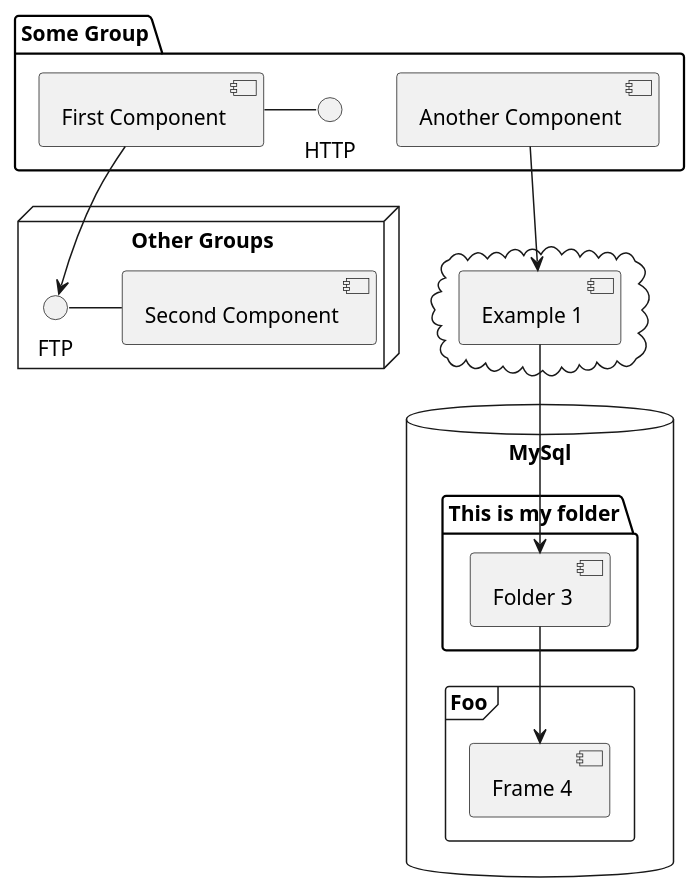
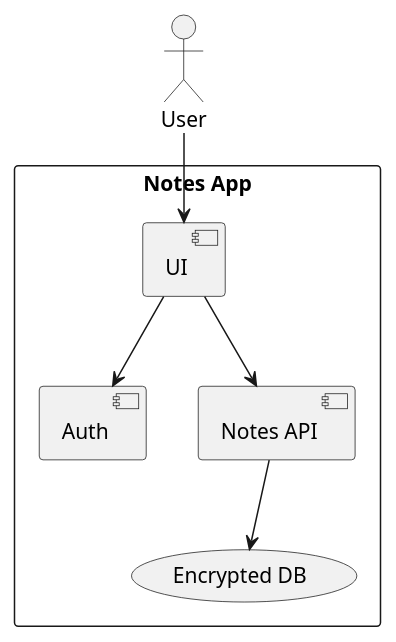
Before and after one commit to kavia-common/notes-application-overview-presentation-16753-16837: the third of 3 diagrams in notes_app_presentation_frontend/slides.md, drawn with PlantUML. The commit also changed other lines of this file and 21 other files, not shown here.

````diff
--- a/notes_app_presentation_frontend/slides.md
+++ b/notes_app_presentation_frontend/slides.md
@@ -514,32 +330,11 @@
-```plantuml {scale: 0.7}
+```plantuml {scale: 0.8}
 @startuml
-
-package "Some Group" {
-  HTTP - [First Component]
-  [Another Component]
+actor User
+rectangle "Notes App" {
+  [UI] --> [Auth]
+  [UI] --> [Notes API]
+  [Notes API] --> (Encrypted DB)
 }
-
-node "Other Groups" {
-  FTP - [Second Component]
-  [First Component] --> FTP
-}
-
-cloud {
-  [Example 1]
-}
-
-database "MySql" {
-  folder "This is my folder" {
-    [Folder 3]
-  }
-  frame "Foo" {
-    [Frame 4]
-  }
-}
-
-[Another Component] --> [Example 1]
-[Example 1] --> [Folder 3]
-[Folder 3] --> [Frame 4]
-
+User --> [UI]
 @enduml
 ```
````
